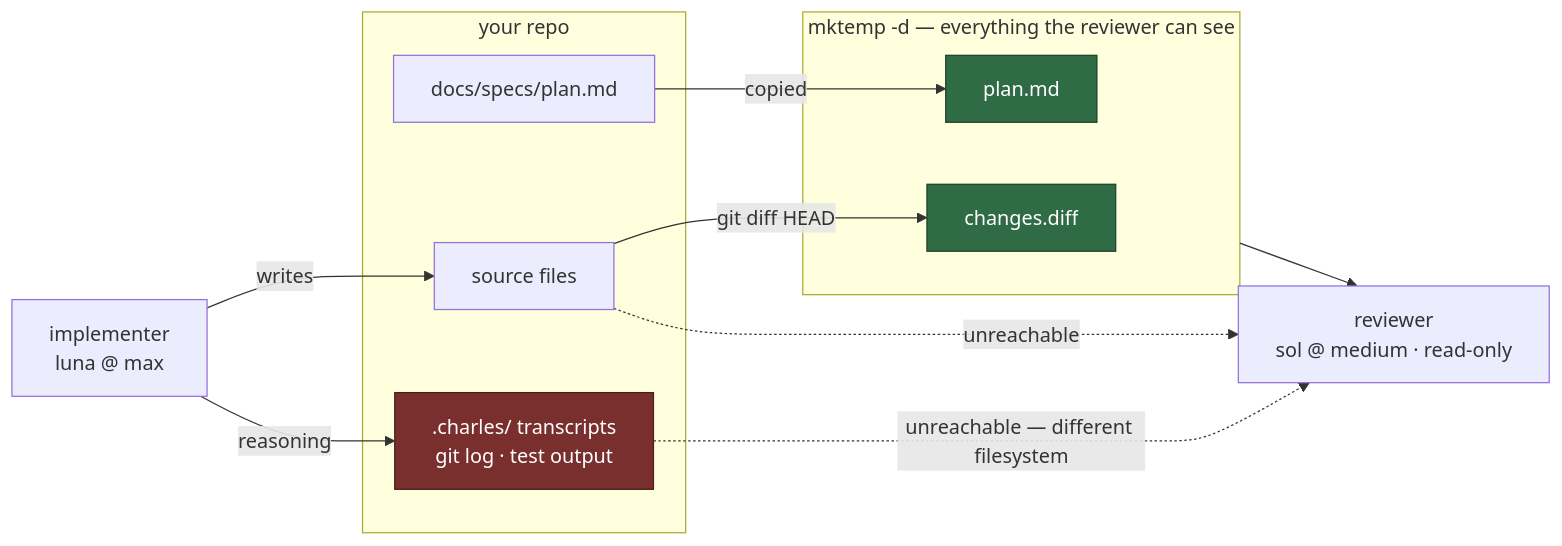
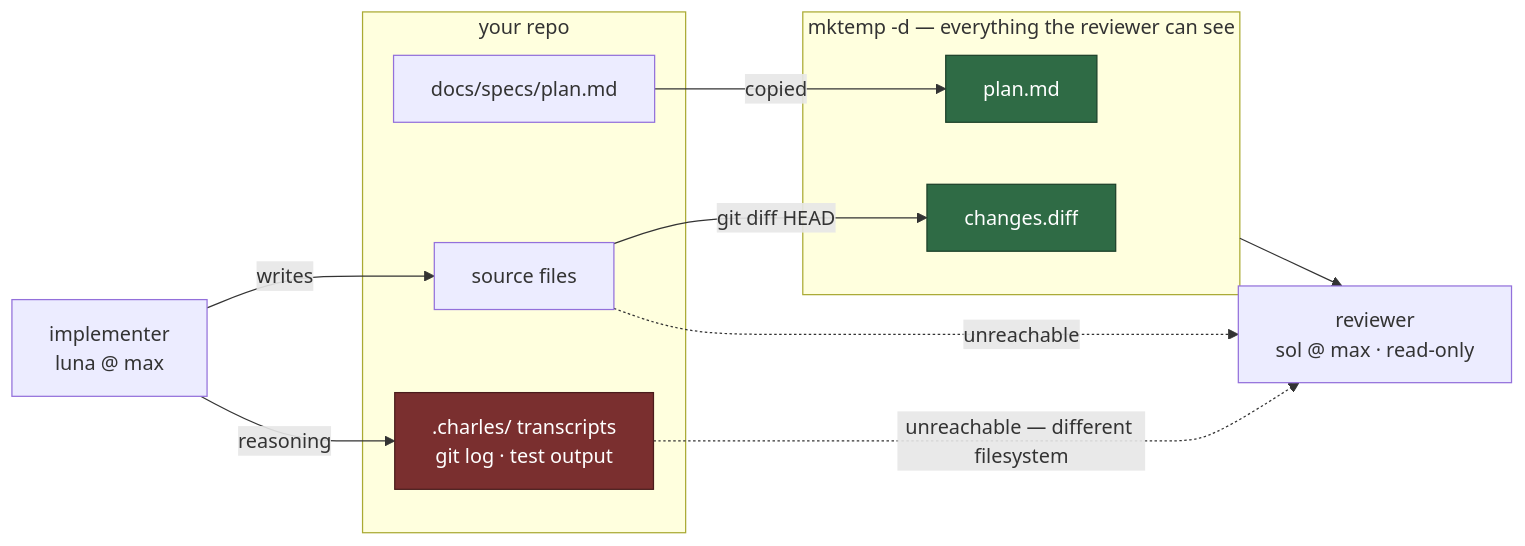
One commit to charlesdr13/charlesdr-dev-loop changed the second of 2 diagrams in README.md. Above: the diagram before and after it, drawn with Mermaid. The commit also changed other lines of this file and 6 other files, not shown here.

````diff
--- a/README.md
+++ b/README.md
@@ -80,28 +80,28 @@
 ```mermaid
 flowchart LR
     subgraph REPO["your repo"]
         SRC["source files"]
         TRANS[".charles/ transcripts<br/>git log · test output"]
         SPEC["docs/specs/plan.md"]
     end
 
     IMPL["implementer<br/>luna @ max"] -->|writes| SRC
     IMPL -->|reasoning| TRANS
 
     subgraph BOX["mktemp -d — everything the reviewer can see"]
         PLANMD["plan.md"]
         DIFF["changes.diff"]
     end
 
     SPEC -->|copied| PLANMD
     SRC -->|git diff HEAD| DIFF
-    BOX --> REV["reviewer<br/>sol @ medium · read-only"]
+    BOX --> REV["reviewer<br/>sol @ max · read-only"]
 
     TRANS -.->|"unreachable — different filesystem"| REV
     SRC  -.->|"unreachable"| REV
 
     classDef hidden fill:#7a2f2f,stroke:#4a1c1c,color:#fff
     classDef seen fill:#2f6b45,stroke:#1c4029,color:#fff
     class TRANS hidden
     class PLANMD,DIFF seen
 ```
````
